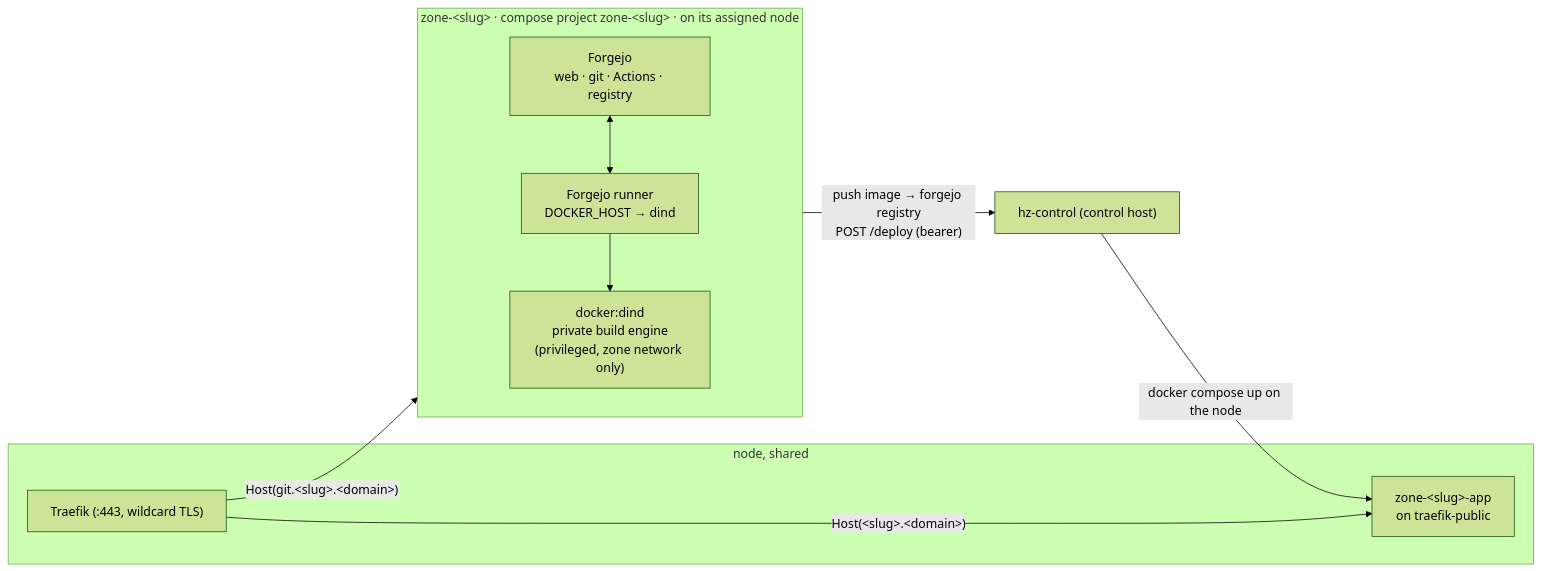
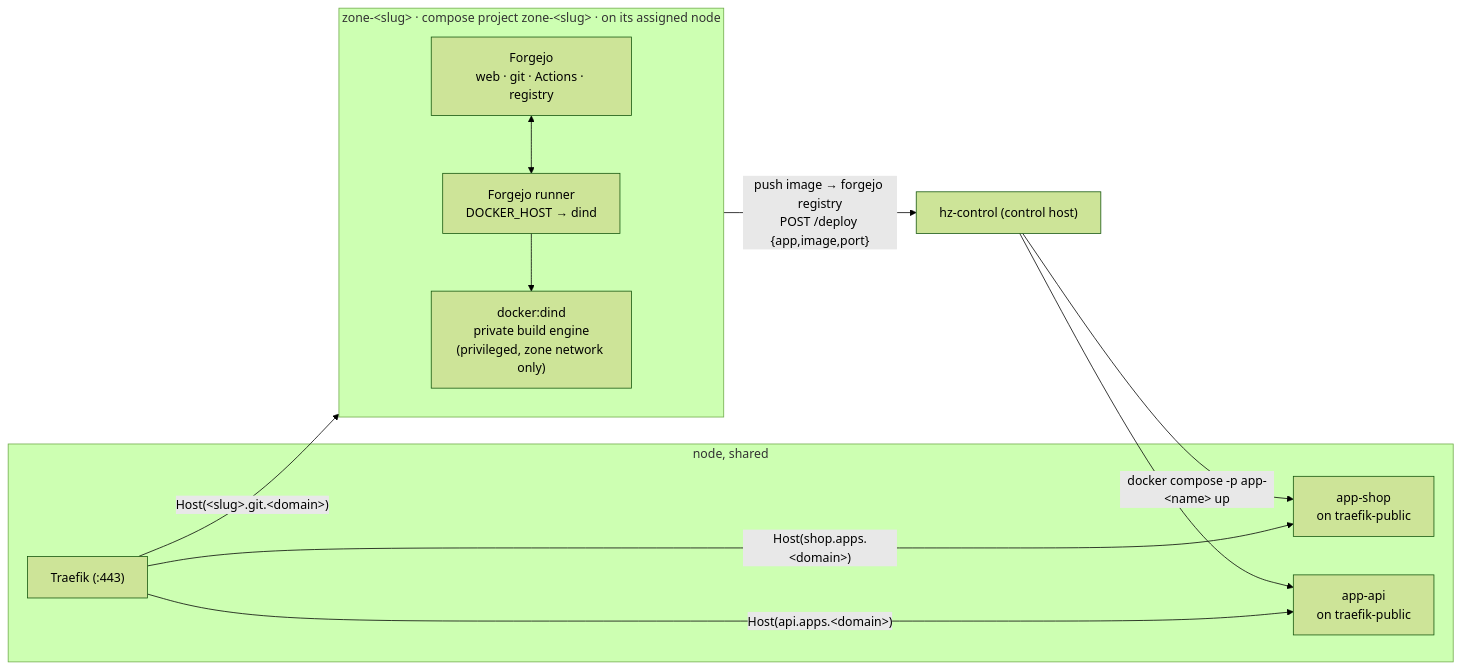
One commit to johnjoeallen/ignition changed the second of 4 diagrams in docs/architecture.md. Above: the diagram before and after it, drawn with Mermaid (forest theme). The commit also changed other lines of this file and 20 other files, not shown here.

First line of the commit message:
Segregated subdomains + multiple apps per zone

````diff
--- a/docs/architecture.md
+++ b/docs/architecture.md
@@ -45,22 +64,25 @@
 ```mermaid
 flowchart LR
     subgraph zone["zone-&lt;slug&gt;  ·  compose project zone-&lt;slug&gt;  ·  on its assigned node"]
         direction TB
         forgejo["Forgejo<br/>web · git · Actions · registry"]
         dind["docker:dind<br/>private build engine<br/>(privileged, zone network only)"]
         runner["Forgejo runner<br/>DOCKER_HOST → dind"]
         forgejo <--> runner
         runner --> dind
     end
 
     subgraph shared["node, shared"]
-        traefik["Traefik  (:443, wildcard TLS)"]
-        liveapp["zone-&lt;slug&gt;-app<br/>on traefik-public"]
+        traefik["Traefik  (:443)"]
+        app1["app-shop<br/>on traefik-public"]
+        app2["app-api<br/>on traefik-public"]
     end
 
     cp["hz-control (control host)"]
-    traefik -->|"Host(git.&lt;slug&gt;.&lt;domain&gt;)"| forgejo
-    runner -->|"push image → forgejo registry<br/>POST /deploy (bearer)"| cp
-    cp -->|"docker compose up on the node"| liveapp
-    traefik -->|"Host(&lt;slug&gt;.&lt;domain&gt;)"| liveapp
+    traefik -->|"Host(&lt;slug&gt;.git.&lt;domain&gt;)"| forgejo
+    runner -->|"push image → forgejo registry<br/>POST /deploy {app,image,port}"| cp
+    cp -->|"docker compose -p app-&lt;name&gt; up"| app1
+    cp --> app2
+    traefik -->|"Host(shop.apps.&lt;domain&gt;)"| app1
+    traefik -->|"Host(api.apps.&lt;domain&gt;)"| app2
 ```
````
